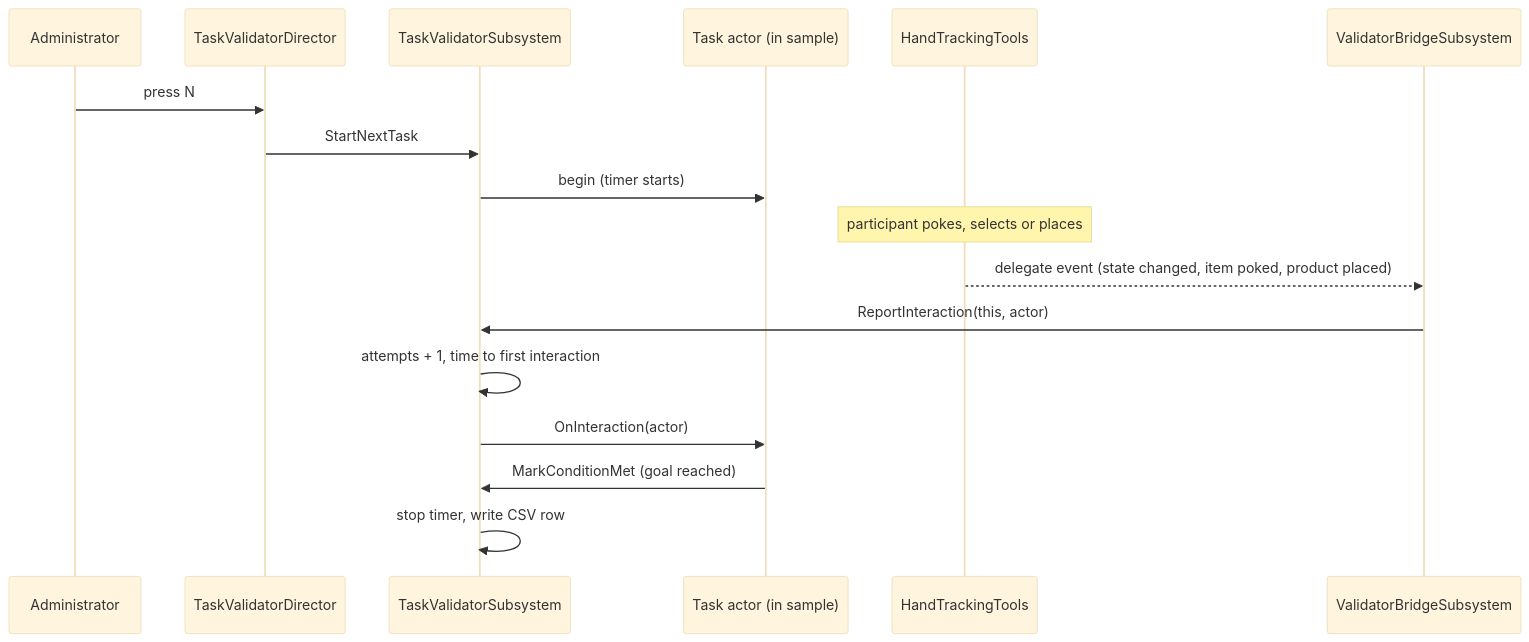
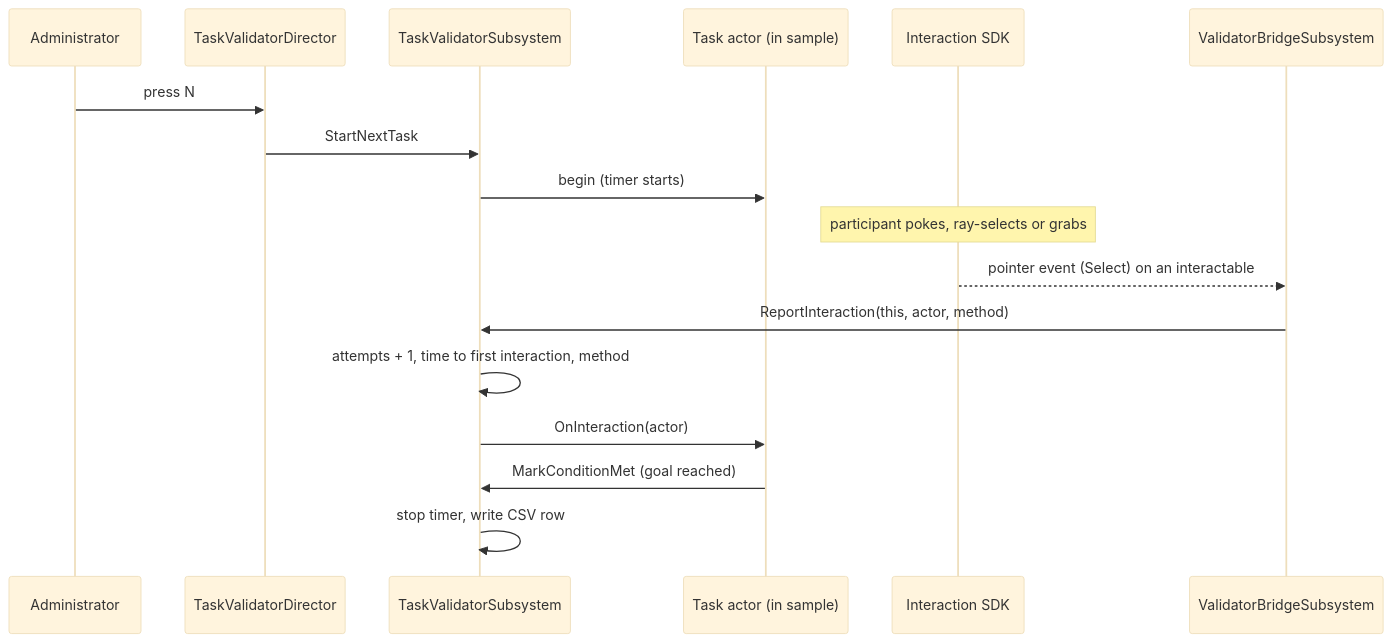
One commit to Bvqlz/UI-Library changed the second of 2 diagrams in docs/PLUGIN_ARCHITECTURE.md. Above: the diagram before and after it, drawn with Mermaid (base theme). The commit also changed other lines of this file and 27 other files, not shown here.

First line of the commit message:
Move validator and bridge to the Meta Interaction SDK; remove demo code (#17)

````diff
--- a/docs/PLUGIN_ARCHITECTURE.md
+++ b/docs/PLUGIN_ARCHITECTURE.md
@@ -111,20 +113,20 @@
 ```mermaid
 sequenceDiagram
     participant Admin as Administrator
     participant Dir as TaskValidatorDirector
     participant Val as TaskValidatorSubsystem
     participant Task as Task actor (in sample)
-    participant Hand as HandTrackingTools
+    participant Hand as Interaction SDK
     participant Br as ValidatorBridgeSubsystem
 
     Admin->>Dir: press N
     Dir->>Val: StartNextTask
     Val->>Task: begin (timer starts)
-    Note over Hand: participant pokes, selects or places
-    Hand-->>Br: delegate event (state changed, item poked, product placed)
-    Br->>Val: ReportInteraction(this, actor)
-    Val->>Val: attempts + 1, time to first interaction
+    Note over Hand: participant pokes, ray-selects or grabs
+    Hand-->>Br: pointer event (Select) on an interactable
+    Br->>Val: ReportInteraction(this, actor, method)
+    Val->>Val: attempts + 1, time to first interaction, method
     Val->>Task: OnInteraction(actor)
     Task->>Val: MarkConditionMet (goal reached)
     Val->>Val: stop timer, write CSV row
 ```
````
